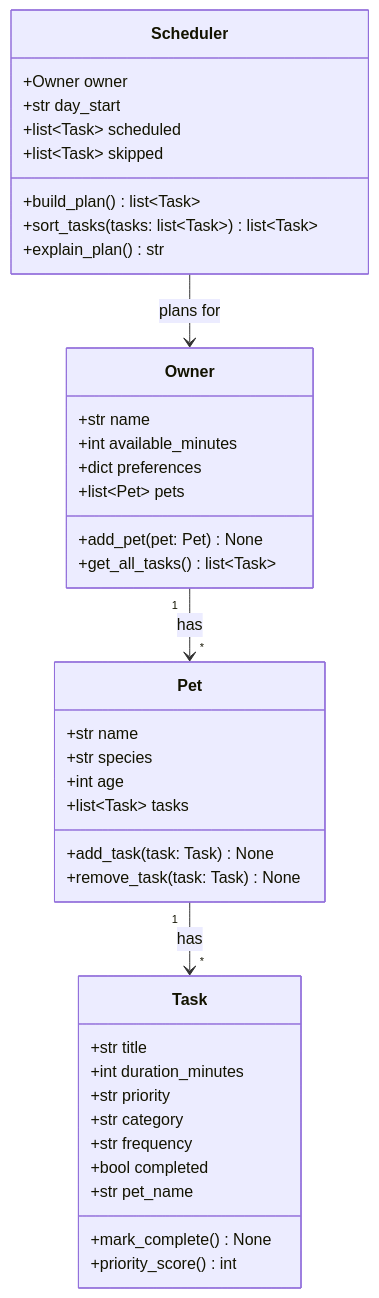
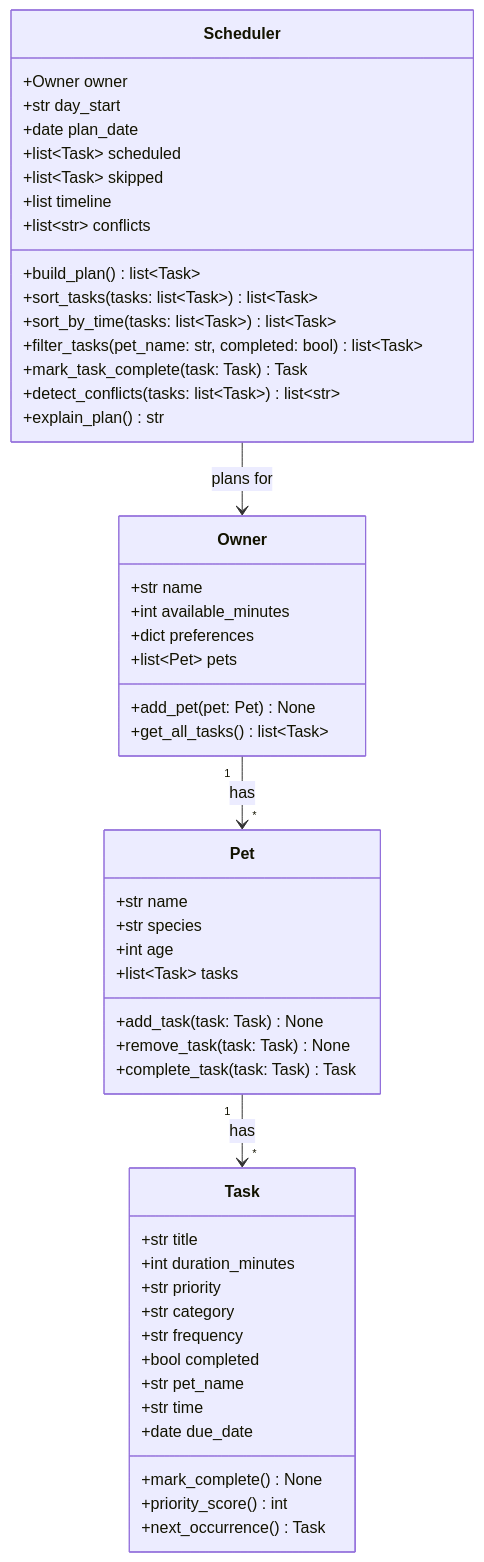
The diagram in diagrams/uml.mmd (tisrale/ai110-module2show-pawpal-starter), drawn with Mermaid before and after one commit. The commit also changed 7 other files, not shown here.

```diff
--- a/diagrams/uml.mmd
+++ b/diagrams/uml.mmd
@@ -1,47 +1,58 @@
 classDiagram
     %% PawPal+ initial design (Phase 1 draft).
     %% Keep this file updated so it matches your final implementation.
 
     class Owner {
         +str name
         +int available_minutes
         +dict preferences
         +list~Pet~ pets
         +add_pet(pet: Pet) None
         +get_all_tasks() list~Task~
     }
 
     class Pet {
         +str name
         +str species
         +int age
         +list~Task~ tasks
         +add_task(task: Task) None
         +remove_task(task: Task) None
+        +complete_task(task: Task) Task
     }
 
     class Task {
         +str title
         +int duration_minutes
         +str priority
         +str category
         +str frequency
         +bool completed
         +str pet_name
+        +str time
+        +date due_date
         +mark_complete() None
         +priority_score() int
+        +next_occurrence() Task
     }
 
     class Scheduler {
         +Owner owner
         +str day_start
+        +date plan_date
         +list~Task~ scheduled
         +list~Task~ skipped
+        +list timeline
+        +list~str~ conflicts
         +build_plan() list~Task~
         +sort_tasks(tasks: list~Task~) list~Task~
+        +sort_by_time(tasks: list~Task~) list~Task~
+        +filter_tasks(pet_name: str, completed: bool) list~Task~
+        +mark_task_complete(task: Task) Task
+        +detect_conflicts(tasks: list~Task~) list~str~
         +explain_plan() str
     }
 
     Owner "1" --> "*" Pet : has
     Pet "1" --> "*" Task : has
     Scheduler --> Owner : plans for
```
